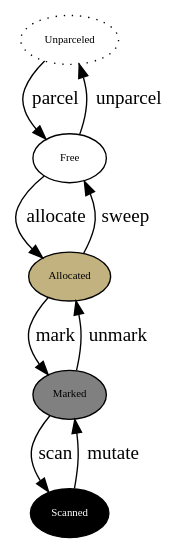
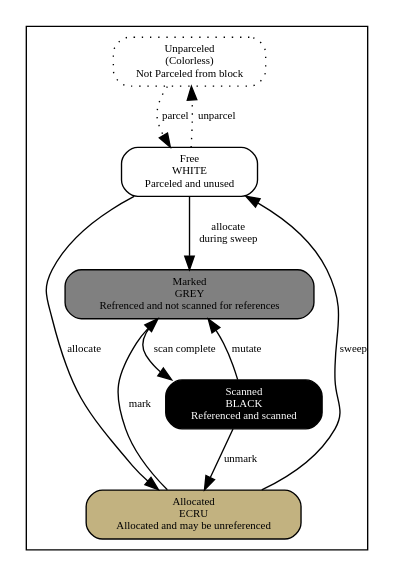
One commit to kstephens/tredmill changed the diagram in doc/tredmil_states.dot. Above: the diagram before and after it, drawn with Graphviz. The commit also changed 3 other files, not shown here.

```diff
--- a/doc/tredmil_states.dot
+++ b/doc/tredmil_states.dot
@@ -1,28 +1,34 @@
 digraph "Node Color" {
 graph [
 #  rankdir = "LR"
 ];
 node [
   fontsize = "8"
-  shape = "ellipse"
-  style = "filled"
+  shape = "box"
+  style = "filled,rounded"
 ];
 edge [
+  fontsize = "8"
 ];
 
-Unparceled [ label="Unparceled" fillcolor="white"    fontcolor="black"  style="dotted"  ]
-Free       [ label="Free"       fillcolor="white"    fontcolor="black"  ]
-Allocated  [ label="Allocated"  fillcolor="#C2B280"  fontcolor="black" ]
-Marked     [ label="Marked"     fillcolor="grey"     fontcolor="black" ]
-Scanned    [ label="Scanned"    fillcolor="black"    fontcolor="white" ]
+subgraph "clusterStates" {
 
-Unparceled -> Free   [ label="parcel"    color="black" ]
-Free -> Unparceled   [ label="unparcel"  color="black" ]
+Unparceled [ label="Unparceled\n(Colorless)\nNot Parceled from block" fillcolor="white"    fontcolor="black"  style="dotted,rounded"  ]
+Free       [ label="Free\nWHITE\nParceled and unused"       fillcolor="white"    fontcolor="black"  ]
+Allocated  [ label="Allocated\nECRU\nAllocated and may be unreferenced"  fillcolor="#C2B280"  fontcolor="black" ]
+Marked     [ label="Marked\nGREY\nRefrenced and not scanned for references"     fillcolor="grey"     fontcolor="black" ]
+Scanned    [ label="Scanned\nBLACK\nReferenced and scanned"    fillcolor="black"    fontcolor="white" ]
+
+}
+
+Unparceled -> Free   [ label="parcel"    color="black" style="dotted" ]
+Free -> Unparceled   [ label="unparcel"  color="black" style="dotted" ]
 Free -> Allocated    [ label="allocate"  color="black" ] 
+Free -> Marked       [ label="allocate\n during sweep" color="black" ]
 Allocated -> Marked  [ label="mark"      color="black" ]
-Marked -> Scanned    [ label="scan"      color="black" ]
+Marked -> Scanned    [ label="scan complete"   color="black" ]
 Scanned -> Marked    [ label="mutate"    color="black" ]
-Marked -> Allocated  [ label="unmark"    color="black" ]
+Scanned -> Allocated [ label="unmark"    color="black" ]
 Allocated -> Free    [ label="sweep"     color="black" ]
 
 }
```
